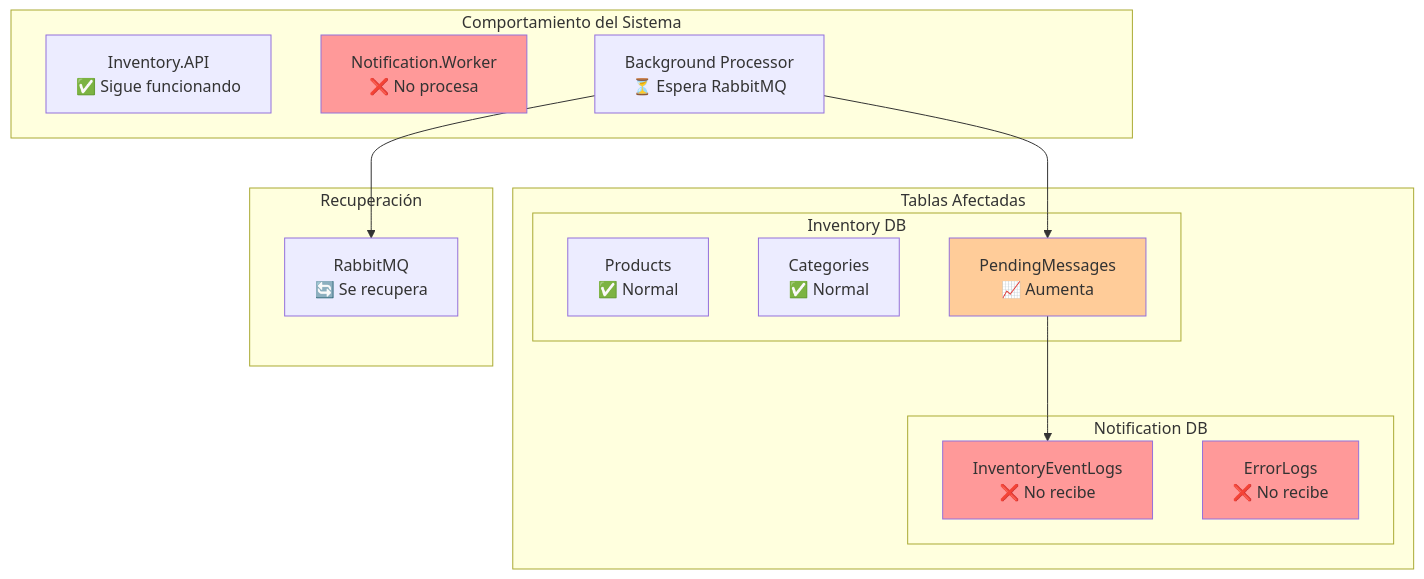
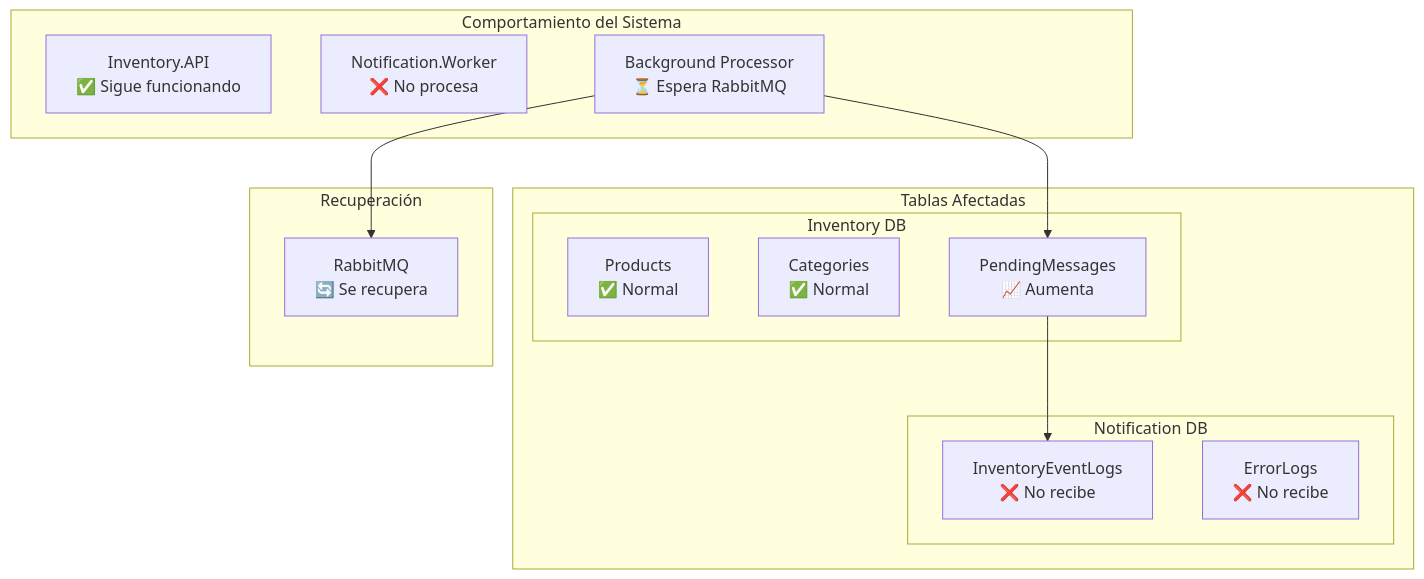
Before and after one commit to iambenjamin-developer/Kinetic: the fourth of 5 diagrams in Copy.md, drawn with Mermaid. The commit also changed other lines of this file, not shown here.

````diff
--- a/Copy.md
+++ b/Copy.md
@@ -128,33 +128,28 @@
 ```mermaid
 graph TD
     subgraph "Tablas Afectadas"
         subgraph "Inventory DB"
             Products[Products<br/>✅ Normal]
             Categories[Categories<br/>✅ Normal]
             PendingMessages[PendingMessages<br/>📈 Aumenta]
         end
         
         subgraph "Notification DB"
             InventoryEventLogs[InventoryEventLogs<br/>❌ No recibe]
             ErrorLogs[ErrorLogs<br/>❌ No recibe]
         end
     end
     
     subgraph "Comportamiento del Sistema"
         API[Inventory.API<br/>✅ Sigue funcionando]
         Worker[Notification.Worker<br/>❌ No procesa]
         Background[Background Processor<br/>⏳ Espera RabbitMQ]
     end
     
     subgraph "Recuperación"
         RabbitMQ[RabbitMQ<br/>🔄 Se recupera]
         Background --> RabbitMQ
         Background --> PendingMessages
         PendingMessages --> InventoryEventLogs
     end
-    
-    style PendingMessages fill:#ffcc99
-    style InventoryEventLogs fill:#ff9999
-    style ErrorLogs fill:#ff9999
-    style Worker fill:#ff9999
 ```
````
